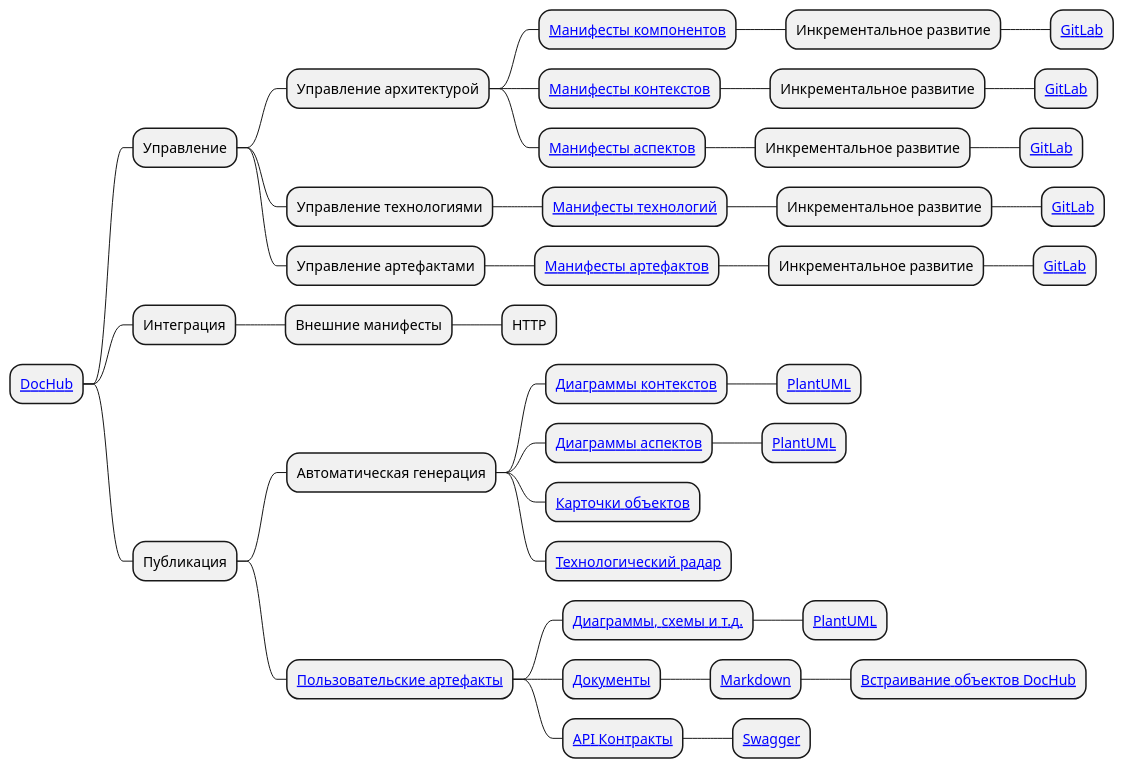
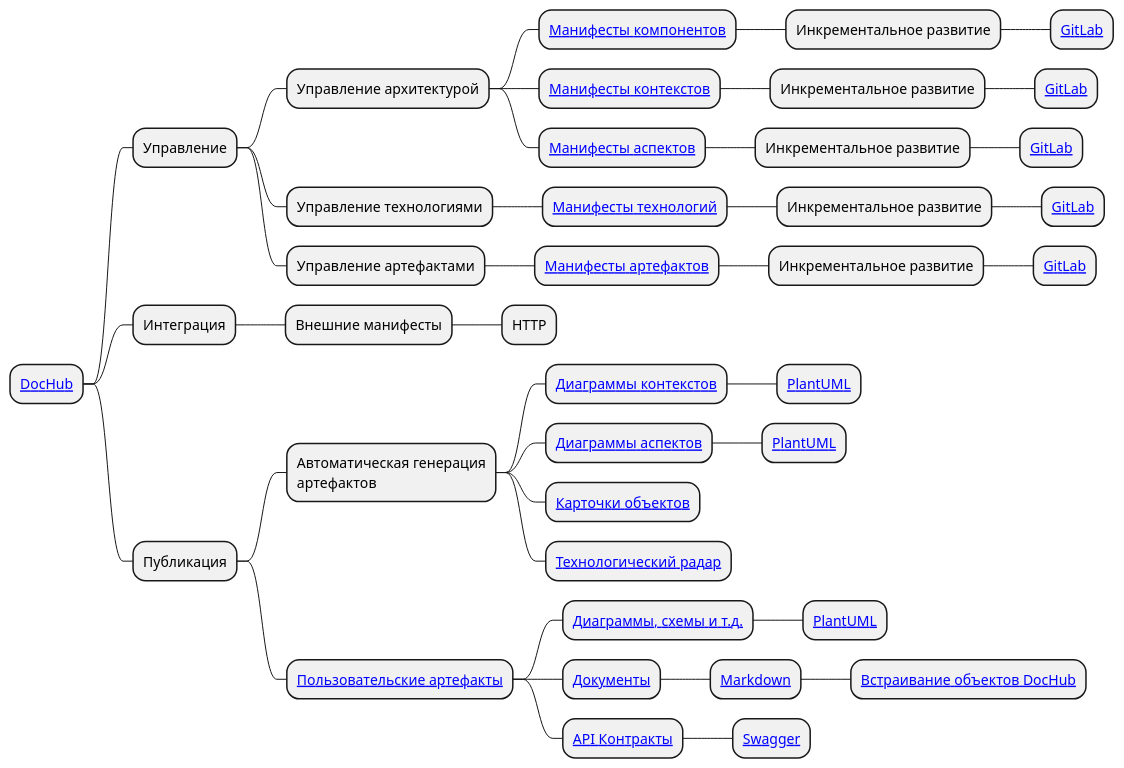
One commit to ypolosov/DocHub changed the diagram in public/docs/conception/mindmap.puml. Above: the diagram before and after it, drawn with PlantUML. The commit also changed 3 other files, not shown here.

```diff
--- a/public/docs/conception/mindmap.puml
+++ b/public/docs/conception/mindmap.puml
@@ -1,41 +1,41 @@
 @startmindmap
 * [[https://github.com/RabotaRu/DocHub DocHub]]
 ** Управление
 *** Управление архитектурой
 **** [[/docs/dochub_components Манифесты компонентов]]
 ***** Инкрементальное развитие
 ****** [[https://about.gitlab.com/ GitLab]]
 **** [[/docs/dochub_contexts Манифесты контекстов]]
 ***** Инкрементальное развитие
 ****** [[https://about.gitlab.com/ GitLab]]
 **** [[/docs/dochub_aspects Манифесты аспектов]]
 ***** Инкрементальное развитие
 ****** [[https://about.gitlab.com/ GitLab]]
 *** Управление технологиями
 **** [[/docs/dochub_technologies Манифесты технологий]]
 ***** Инкрементальное развитие
 ****** [[https://about.gitlab.com/ GitLab]]
 *** Управление артефактами
 **** [[/docs/dochub_docs Манифесты артефактов]]
 ***** Инкрементальное развитие
 ****** [[https://about.gitlab.com/ GitLab]]
 ** Интеграция
 *** Внешние манифесты
 **** HTTP
 ** Публикация
-*** Автоматическая генерация
+*** Автоматическая генерация\nартефактов
 **** [[/docs/dochub_contexts Диаграммы контекстов]]
 ***** [[https://plantuml.com/ PlantUML]]
 **** [[/docs/dochub_aspects Диаграммы аспектов]]
 ***** [[https://plantuml.com/ PlantUML]]
 **** [[/docs/dochub_forms Карточки объектов]]
 **** [[/docs/dochub_radar Технологический радар]]
 *** [[/docs/dochub_docs Пользовательские артефакты]]
 **** [[/docs/dochub_docs#plantuml Диаграммы, схемы и т.д.]]
 ***** [[https://plantuml.com/ PlantUML]]
 **** [[/docs/dochub_docs#markdown Документы]]
 ***** [[https://ru.wikipedia.org/wiki/Markdown Markdown]]
 ****** [[/docs/dochub_docs#markdown Встраивание объектов DocHub]]
 **** [[/docs/dochub_docs#swagger API Контракты]]
 ***** [[https://swagger.io/ Swagger]]
 @endmindmap
```
